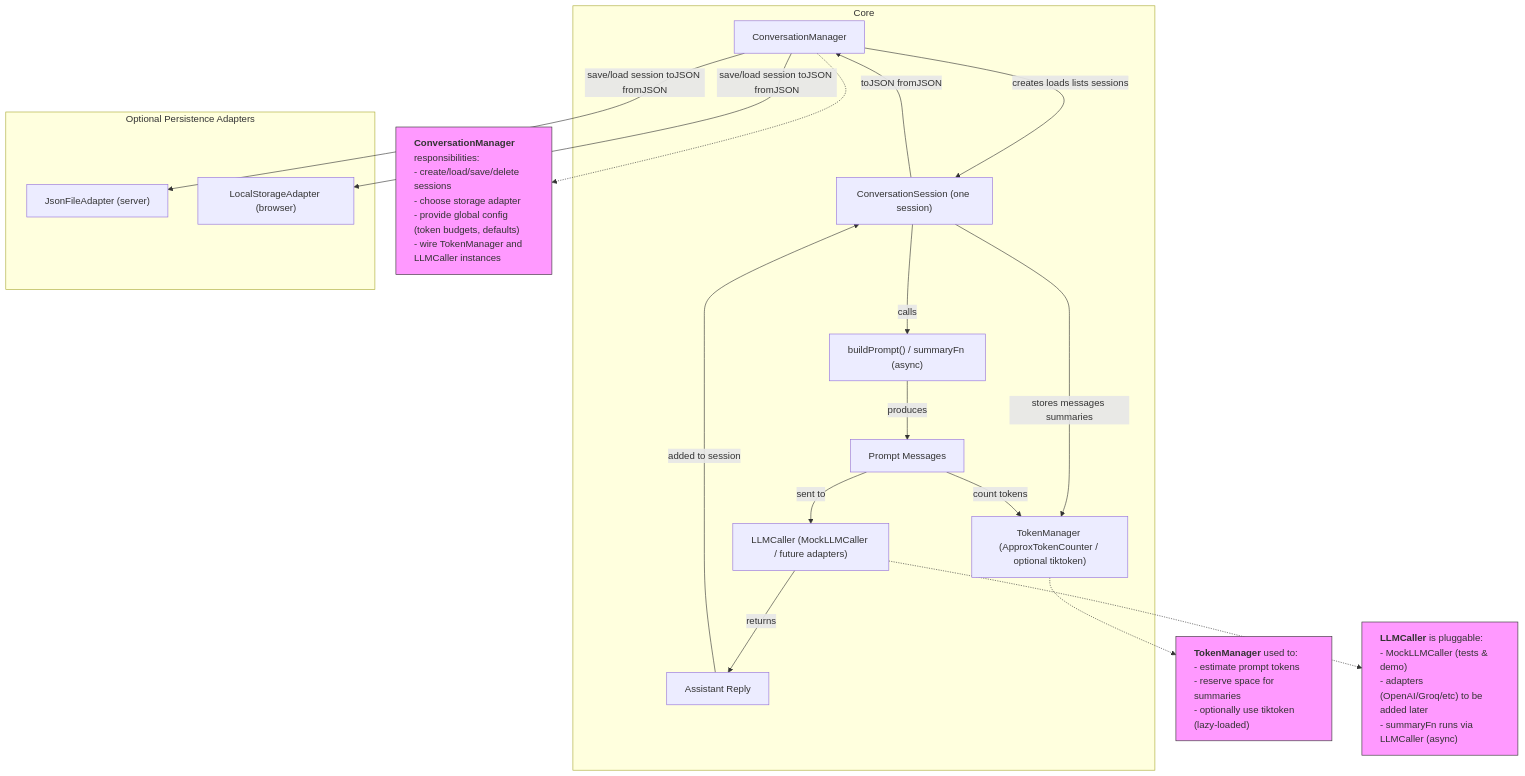
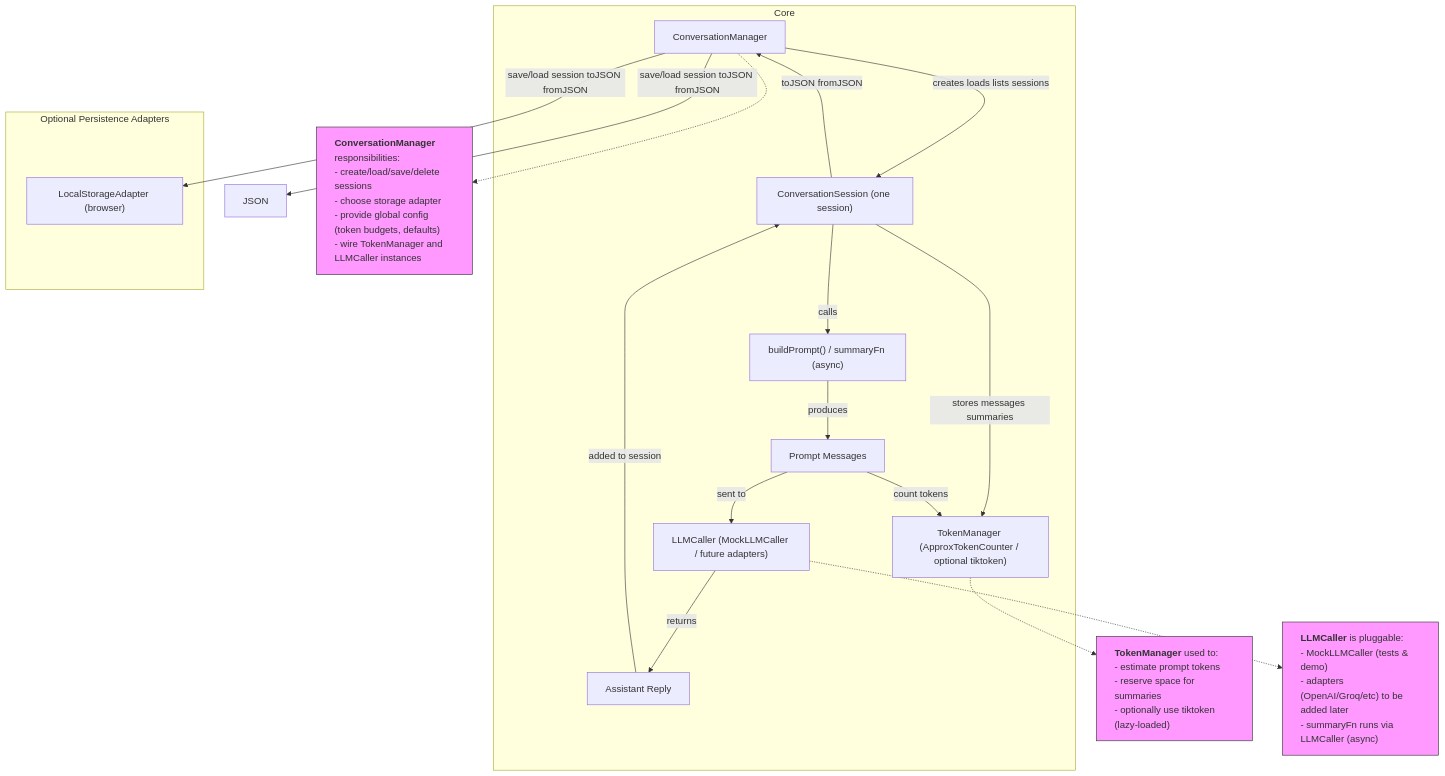
Before and after one commit to Programming-Sai/CtxIQ: the diagram in README.md, drawn with Mermaid.

Commit message:
Added strorage adaptors and its associated tests

````diff
--- a/README.md
+++ b/README.md
@@ -19,46 +19,45 @@
 ```mermaid
 flowchart TD
   subgraph Core
     CM["ConversationManager"]
     CS["ConversationSession (one session)"]
     TM["TokenManager (ApproxTokenCounter / optional tiktoken)"]
     BP["buildPrompt() / summaryFn (async)"]
     LC["LLMCaller (MockLLMCaller / future adapters)"]
     PM["Prompt Messages"]
     AR["Assistant Reply"]
   end
 
   subgraph Persistence["Optional Persistence Adapters"]
-    JSON["JsonFileAdapter (server)"]
     LS["LocalStorageAdapter (browser)"]
   end
 
   %% Main orchestration flow
   CM -->|creates loads lists sessions| CS
   CS -->|stores messages summaries| TM
   CS -->|calls| BP
   BP -->|produces| PM
   PM -->|count tokens| TM
   PM -->|sent to| LC
   LC -->|returns| AR
   AR -->|added to session| CS
 
   %% Persistence controlled by Manager
   CM -->|save/load session toJSON fromJSON| JSON
   CM -->|save/load session toJSON fromJSON| LS
   CS -->|toJSON fromJSON| CM
 
   %% Notes with real line breaks
   TM_note["<p align="left"><b>TokenManager</b> used to:<br/>- estimate prompt tokens<br/>- reserve space for summaries<br/>- optionally use tiktoken (lazy-loaded)<p/>"]:::note
 
   LC_note["<p align="left"><b>LLMCaller</b> is pluggable:<br/>- MockLLMCaller (tests & demo)<br/>- adapters (OpenAI/Groq/etc) to be added later<br/>- summaryFn runs via LLMCaller (async)<p/>"]:::note
 
   CM_note["<p align="left"><b>ConversationManager</b> responsibilities:<br/>- create/load/save/delete sessions<br/>- choose storage adapter<br/>- provide global config (token budgets, defaults)<br/>- wire TokenManager and LLMCaller instances<p/>"]:::note
 
   TM -.-> TM_note
   LC -.-> LC_note
   CM -.-> CM_note
 
   classDef note fill:#f9f,stroke:#333,stroke-width:1px,color:#333;
 
 ```
````
